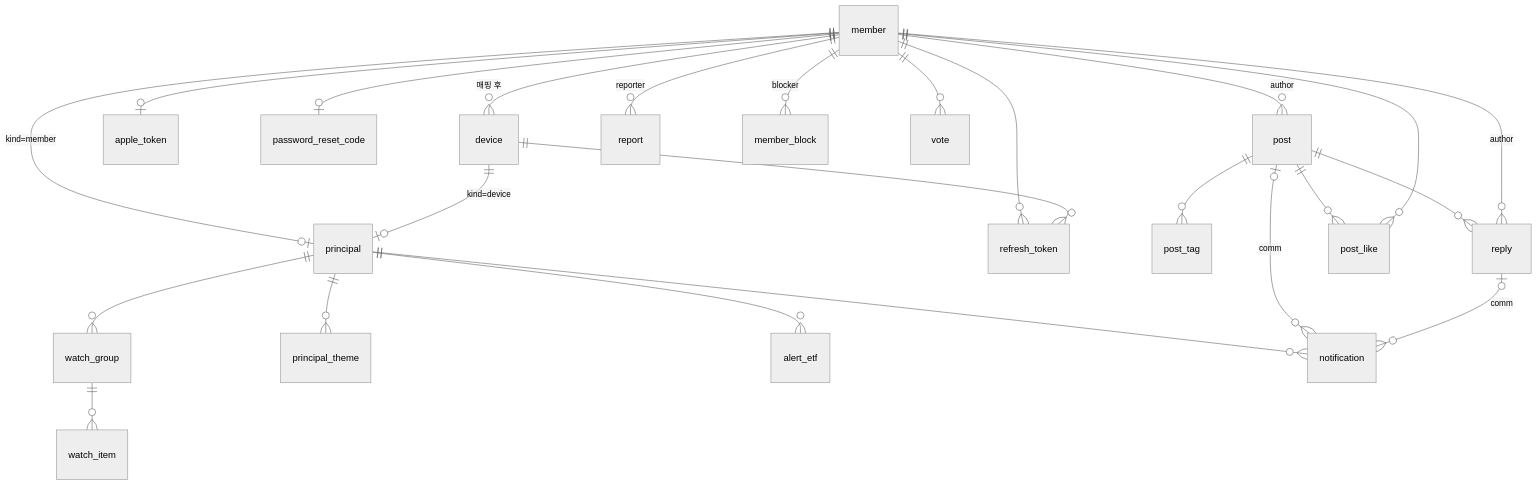
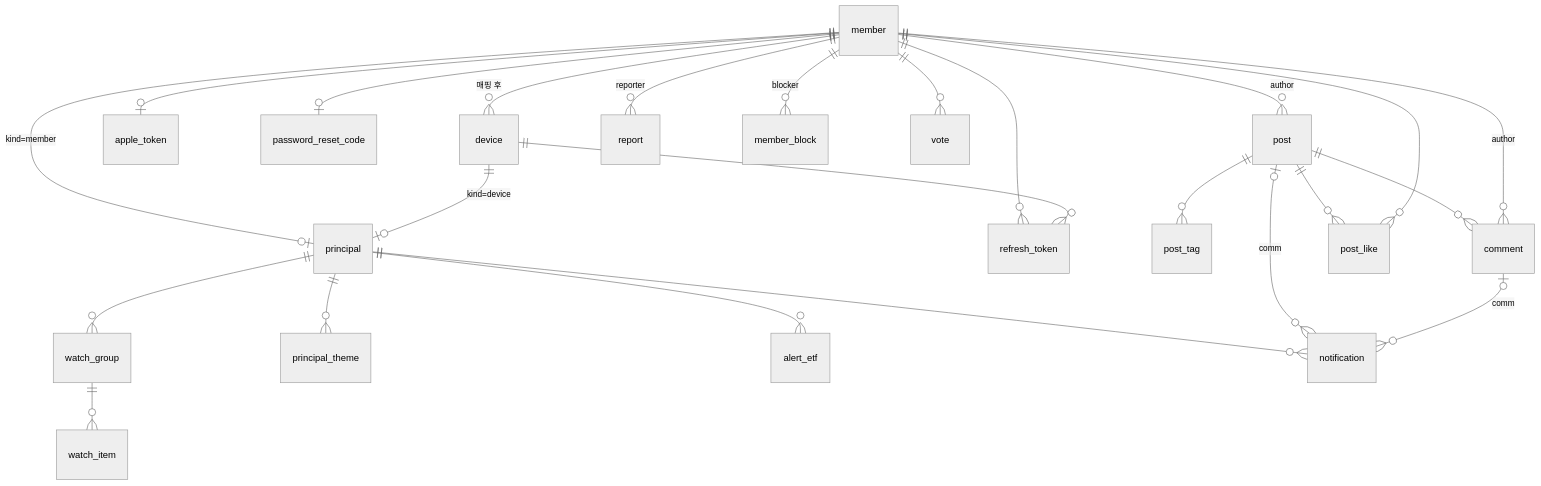
One commit to alphaeveryday/edge changed the first of 2 diagrams in src/apps/cloud/app-api/docs/erd.md. Above: the diagram before and after it, drawn with Mermaid (neutral theme). The commit also changed other lines of this file and 30 other files, not shown here.

````diff
--- a/src/apps/cloud/app-api/docs/erd.md
+++ b/src/apps/cloud/app-api/docs/erd.md
@@ -434,26 +434,26 @@
 ```mermaid
 erDiagram
     member ||--o| principal : "kind=member"
     device ||--o| principal : "kind=device"
     member ||--o{ device : "매핑 후"
     member ||--o{ refresh_token : ""
     member ||--o| apple_token : ""
     device ||--o{ refresh_token : ""
     member ||--o| password_reset_code : ""
     principal ||--o{ watch_group : ""
     watch_group ||--o{ watch_item : ""
     principal ||--o{ principal_theme : ""
     principal ||--o{ alert_etf : ""
     principal ||--o{ notification : ""
     member ||--o{ post : "author"
     post ||--o{ post_tag : ""
-    post ||--o{ reply : ""
+    post ||--o{ comment : ""
     post ||--o{ post_like : ""
-    member ||--o{ reply : "author"
+    member ||--o{ comment : "author"
     member ||--o{ post_like : ""
     member ||--o{ report : "reporter"
     member ||--o{ member_block : "blocker"
     member ||--o{ vote : ""
     post o|--o{ notification : "comm"
-    reply o|--o{ notification : "comm"
+    comment o|--o{ notification : "comm"
 ```
````
